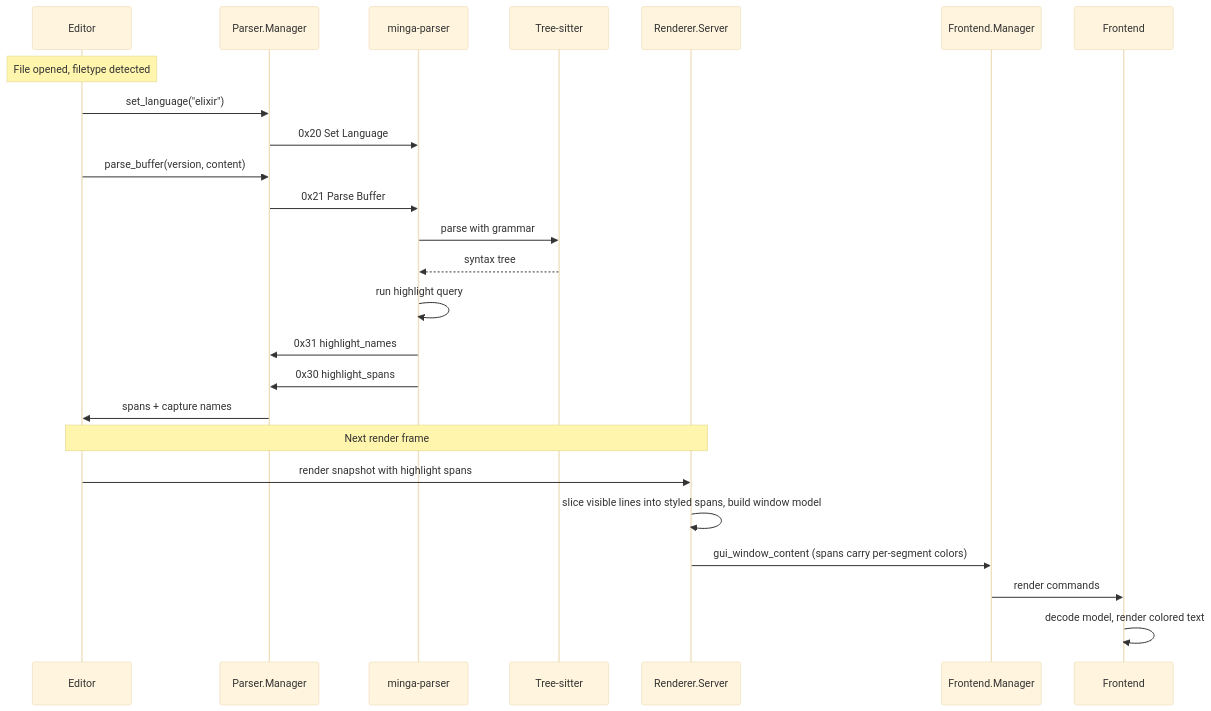
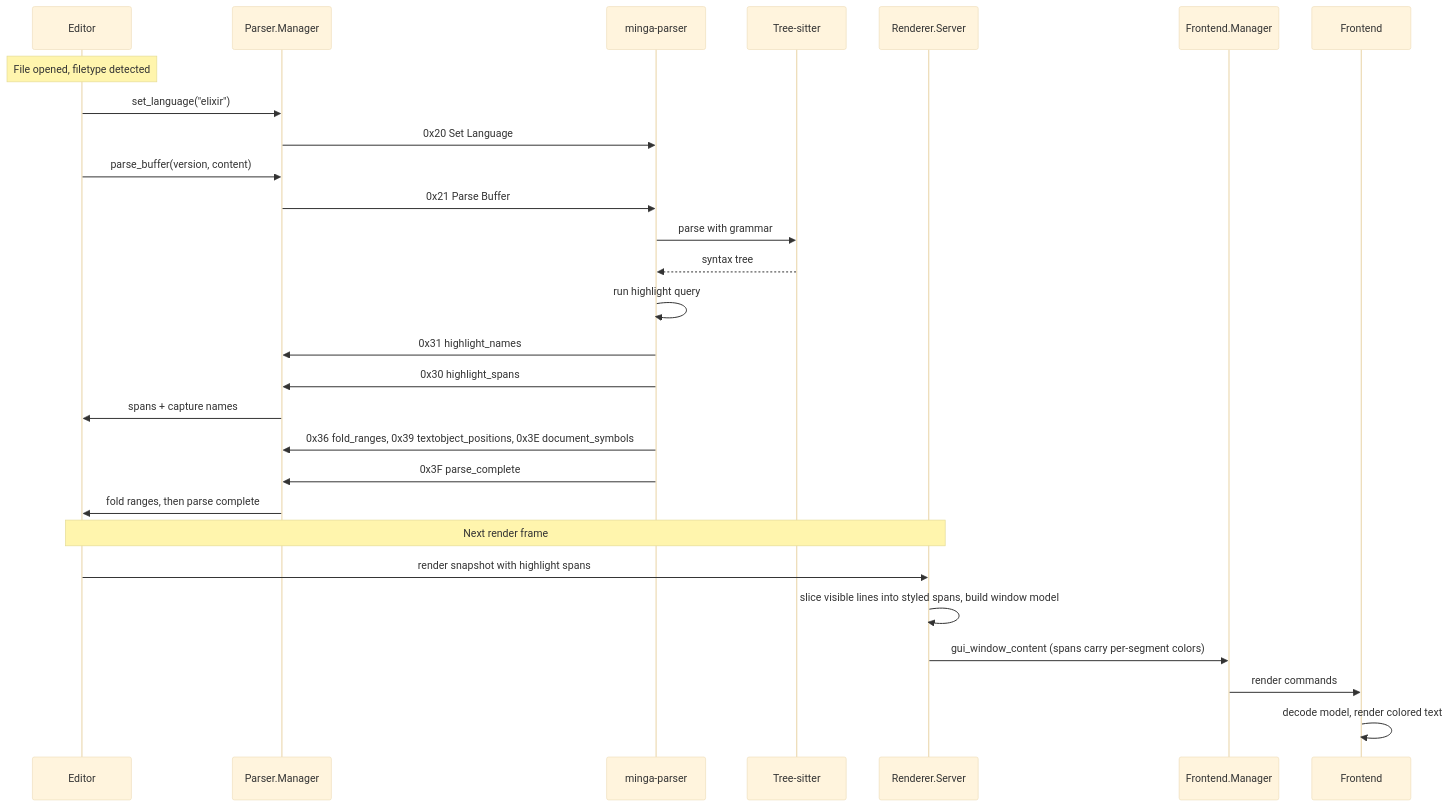
One commit to jsmestad/minga changed the ninth of 10 diagrams in docs/ARCHITECTURE.md. Above: the diagram before and after it, drawn with Mermaid (base theme). The commit also changed 15 other files, not shown here.

First line of the commit message:
fix(zig): parse_complete is the last message of every parse, so a settled editor has the parse's fold marks

````diff
--- a/docs/ARCHITECTURE.md
+++ b/docs/ARCHITECTURE.md
@@ -709,31 +709,34 @@
 ```mermaid
 sequenceDiagram
     participant Ed as Editor
     participant Parser as Parser.Manager
     participant Zig as minga-parser
     participant TS as Tree-sitter
     participant Render as Renderer.Server
     participant FM as Frontend.Manager
     participant FE as Frontend
 
     Note over Ed: File opened, filetype detected
     Ed->>Parser: set_language("elixir")
     Parser->>Zig: 0x20 Set Language
 
     Ed->>Parser: parse_buffer(version, content)
     Parser->>Zig: 0x21 Parse Buffer
     Zig->>TS: parse with grammar
     TS-->>Zig: syntax tree
     Zig->>Zig: run highlight query
 
     Zig->>Parser: 0x31 highlight_names
     Zig->>Parser: 0x30 highlight_spans
     Parser->>Ed: spans + capture names
+    Zig->>Parser: 0x36 fold_ranges, 0x39 textobject_positions, 0x3E document_symbols
+    Zig->>Parser: 0x3F parse_complete
+    Parser->>Ed: fold ranges, then parse complete
 
     Note over Ed,Render: Next render frame
     Ed->>Render: render snapshot with highlight spans
     Render->>Render: slice visible lines into styled spans, build window model
     Render->>FM: gui_window_content (spans carry per-segment colors)
     FM->>FE: render commands
     FE->>FE: decode model, render colored text
 ```
````
